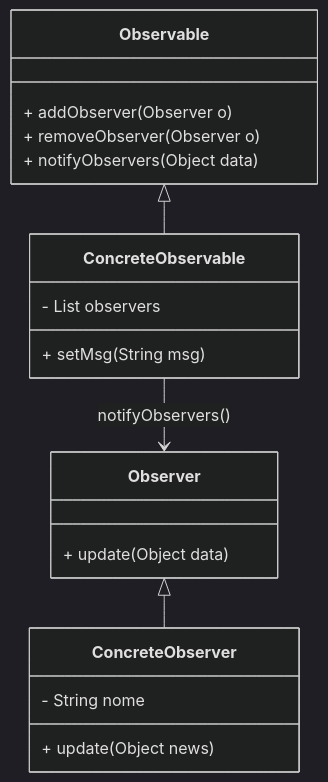
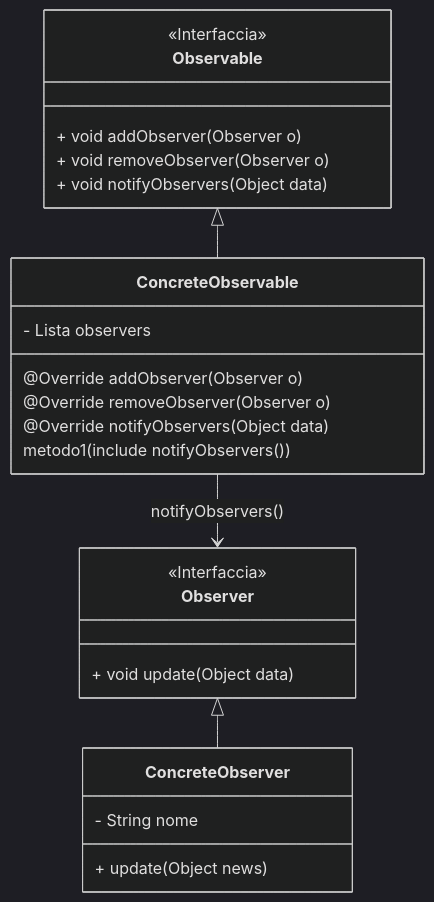
Before and after one commit to comarandr/comarandr.github.io: the third of 7 diagrams in universita/oop.md, drawn with Mermaid (dark theme). The commit also changed other lines of this file, not shown here.

````diff
--- a/universita/oop.md
+++ b/universita/oop.md
@@ -720,23 +733,28 @@
 ```mermaid
 classDiagram
-    class Observer{
-        + update(Object data)
-    }
     class Observable{
-        + addObserver(Observer o)
-        + removeObserver(Observer o)
-        + notifyObservers(Object data)
+        <<Interfaccia>>
+        + void addObserver(Observer o)
+        + void removeObserver(Observer o)
+        + void notifyObservers(Object data)
     }
     class ConcreteObservable{
-        - List<Observer> observers
-        + setMsg(String msg)
+        - Lista observers
+        @Override addObserver(Observer o)
+        @Override removeObserver(Observer o)
+        @Override notifyObservers(Object data)
+        metodo1(include notifyObservers())
+    }
+    class Observer{
+        <<Interfaccia>>
+        + void update(Object data)
     }
     class ConcreteObserver{
         - String nome
         + update(Object news)
     }
 
     Observable <|-- ConcreteObservable
     Observer <|-- ConcreteObserver
     ConcreteObservable --> Observer : notifyObservers()
 ```
````
